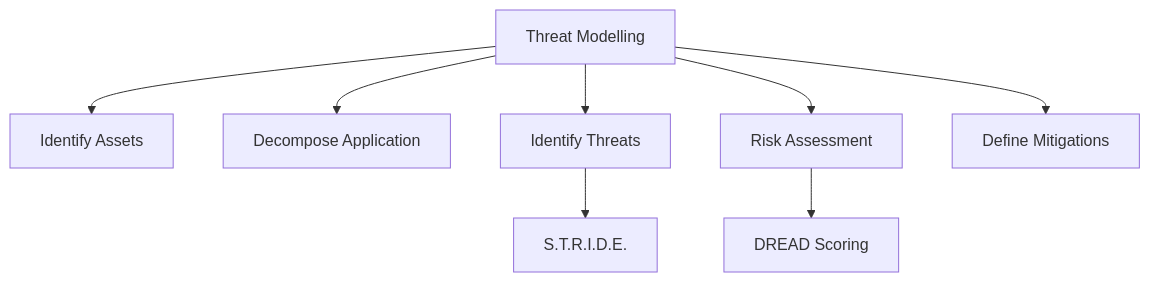
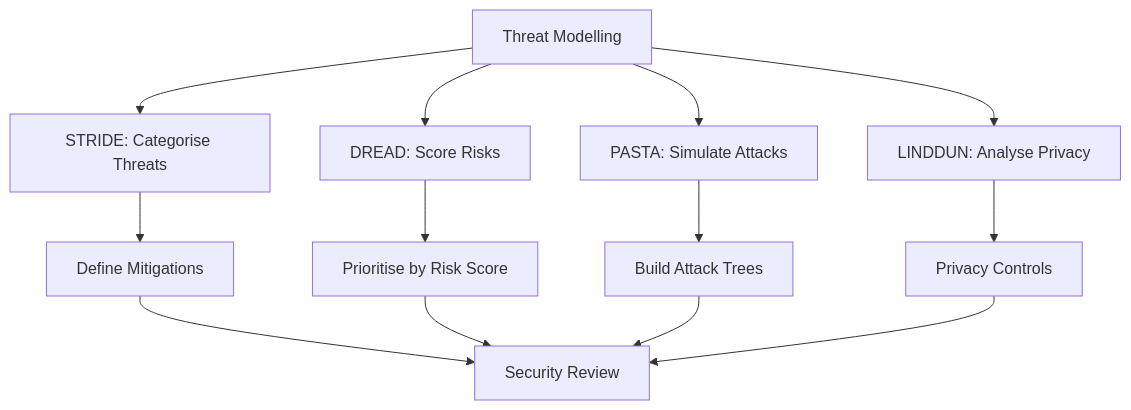
The second of 6 diagrams in docs/courses/software-engineering/13-security-engineering.md (Raushan666java/ai-engineering-journey), drawn with Mermaid before and after one commit. The commit also changed other lines of this file and 15 other files, not shown here.

Commit message:
deploy: software-engineering overhaul - 16 chapters expanded to avg 1284L (+7649L), richer Mermaid, more TS, deeper content

````diff
--- a/docs/courses/software-engineering/13-security-engineering.md
+++ b/docs/courses/software-engineering/13-security-engineering.md
@@ -62,11 +112,17 @@
 ```mermaid
 graph TD
-    TM[Threat Modelling] --> ID[Identify Assets]
-    TM --> ARCH[Decompose Application]
-    TM --> THREATS[Identify Threats]
-    TM --> RISK[Risk Assessment]
-    TM --> MITIGATION[Define Mitigations]
+    TM[Threat Modelling] --> STRIDE[STRIDE: Categorise Threats]
+    TM --> DREAD[DREAD: Score Risks]
+    TM --> PASTA[PASTA: Simulate Attacks]
+    TM --> LINDDUN[LINDDUN: Analyse Privacy]
     
-    THREATS --> STRIDE[S.T.R.I.D.E.]
-    RISK --> DREAD[DREAD Scoring]
+    STRIDE --> MIT1[Define Mitigations]
+    DREAD --> PRIORITISE[Prioritise by Risk Score]
+    PASTA --> ATTACK_TREE[Build Attack Trees]
+    LINDDUN --> PRIVACY[Privacy Controls]
+    
+    MIT1 --> REVIEW[Security Review]
+    PRIORITISE --> REVIEW
+    ATTACK_TREE --> REVIEW
+    PRIVACY --> REVIEW
 ```
````
